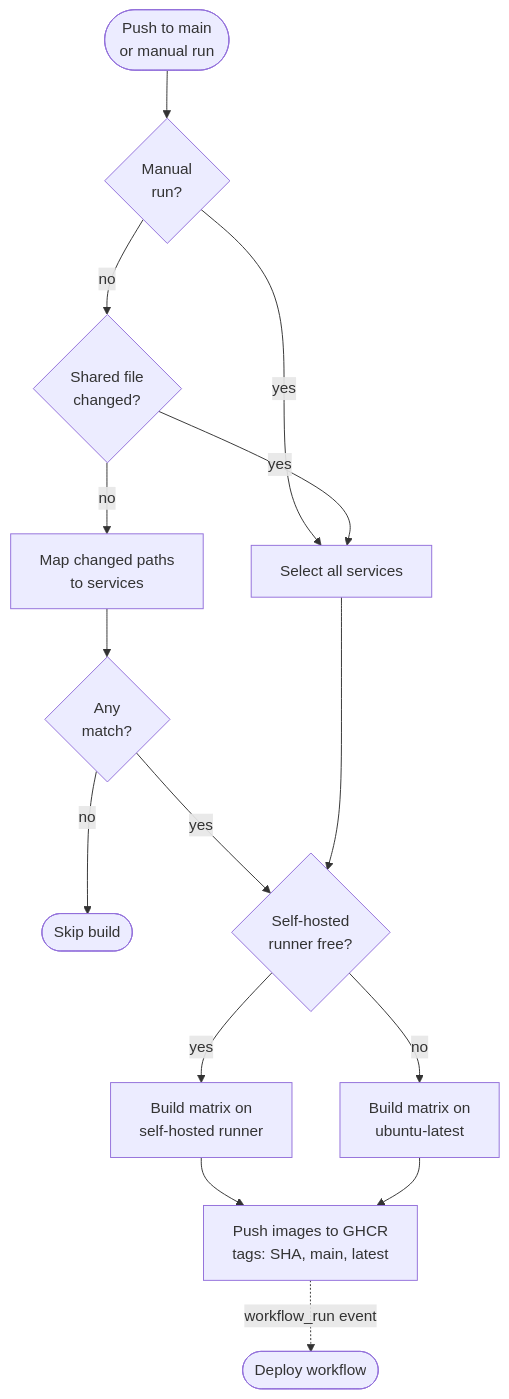
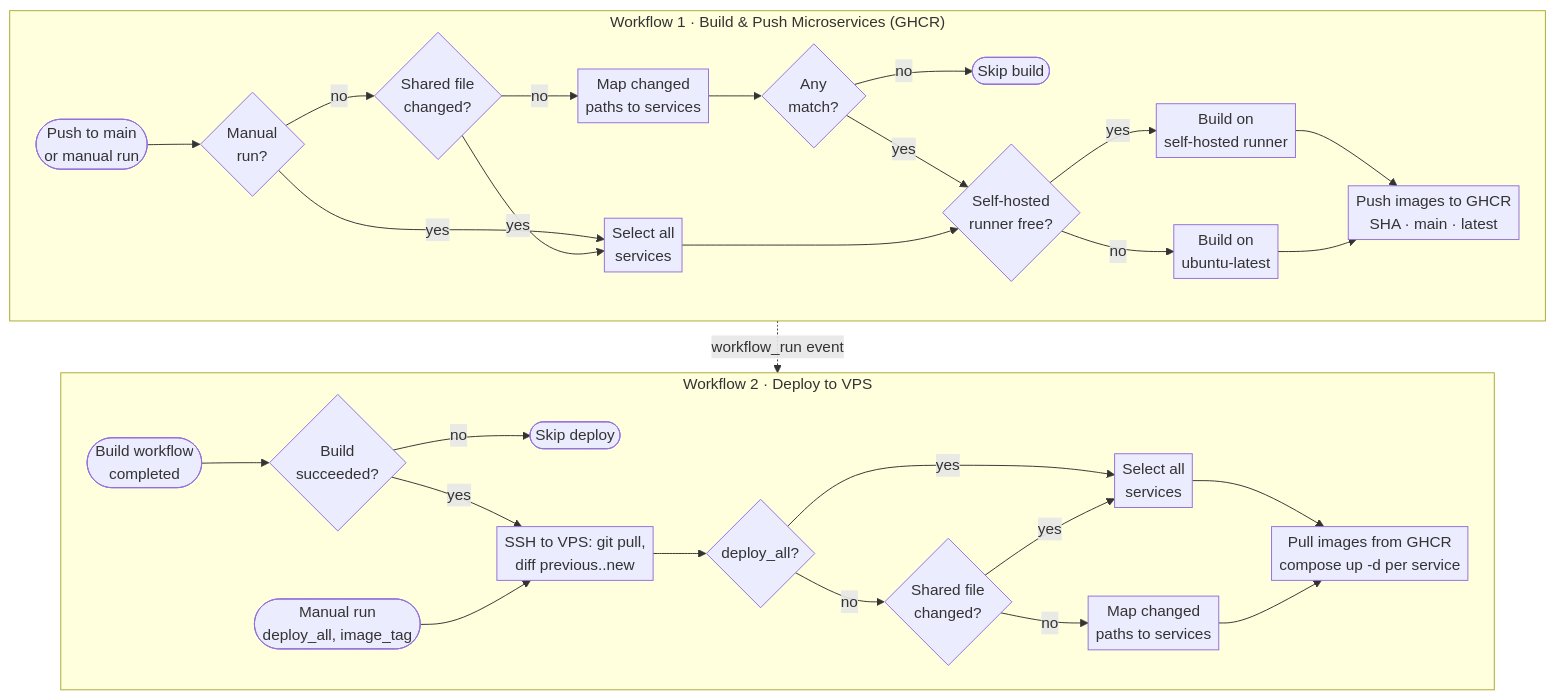
The sixth of 6 diagrams in README.md (anht04/psychology-support-microservices), drawn with Mermaid before and after one commit. The commit also changed other lines of this file, not shown here.

First line of the commit message:
Revise flowcharts for admission and routing steps

````diff
--- a/README.md
+++ b/README.md
@@ -318,17 +330,37 @@
 ```mermaid
-flowchart TD
-    trigger(["Push to main<br/>or manual run"]) --> manual{"Manual<br/>run?"}
-    manual -->|yes| all["Select all services"]
-    manual -->|no| shared{"Shared file<br/>changed?"}
-    shared -->|yes| all
-    shared -->|no| map["Map changed paths<br/>to services"]
-    map --> any{"Any<br/>match?"}
-    any -->|no| skip(["Skip build"])
-    any -->|yes| runner
-    all --> runner{"Self-hosted<br/>runner free?"}
-    runner -->|yes| selfHosted["Build matrix on<br/>self-hosted runner"]
-    runner -->|no| hosted["Build matrix on<br/>ubuntu-latest"]
-    selfHosted --> push["Push images to GHCR<br/>tags: SHA, main, latest"]
-    hosted --> push
-    push -.->|"workflow_run event"| deployWf(["Deploy workflow"])
+%%{init: {"flowchart": {"padding": 4, "rankSpacing": 30, "nodeSpacing": 25}}}%%
+flowchart TB
+    subgraph build["Workflow 1 · Build & Push Microservices (GHCR)"]
+        direction LR
+        trigger(["Push to main<br/>or manual run"]) --> manual{"Manual<br/>run?"}
+        manual -->|yes| all["Select all<br/>services"]
+        manual -->|no| shared{"Shared file<br/>changed?"}
+        shared -->|yes| all
+        shared -->|no| map["Map changed<br/>paths to services"]
+        map --> any{"Any<br/>match?"}
+        any -->|no| skip(["Skip build"])
+        any -->|yes| runner{"Self-hosted<br/>runner free?"}
+        all --> runner
+        runner -->|yes| selfHosted["Build on<br/>self-hosted runner"]
+        runner -->|no| hosted["Build on<br/>ubuntu-latest"]
+        selfHosted --> push["Push images to GHCR<br/>SHA · main · latest"]
+        hosted --> push
+    end
+
+    subgraph deploy["Workflow 2 · Deploy to VPS"]
+        direction LR
+        completed(["Build workflow<br/>completed"]) --> ok{"Build<br/>succeeded?"}
+        ok -->|no| stop(["Skip deploy"])
+        ok -->|yes| ssh["SSH to VPS: git pull,<br/>diff previous..new"]
+        manualDeploy(["Manual run<br/>deploy_all, image_tag"]) --> ssh
+        ssh --> force{"deploy_all?"}
+        force -->|yes| every["Select all<br/>services"]
+        force -->|no| sharedDeploy{"Shared file<br/>changed?"}
+        sharedDeploy -->|yes| every
+        sharedDeploy -->|no| changed["Map changed<br/>paths to services"]
+        every --> up["Pull images from GHCR<br/>compose up -d per service"]
+        changed --> up
+    end
+
+    build -.->|"workflow_run event"| deploy
 ```
````
